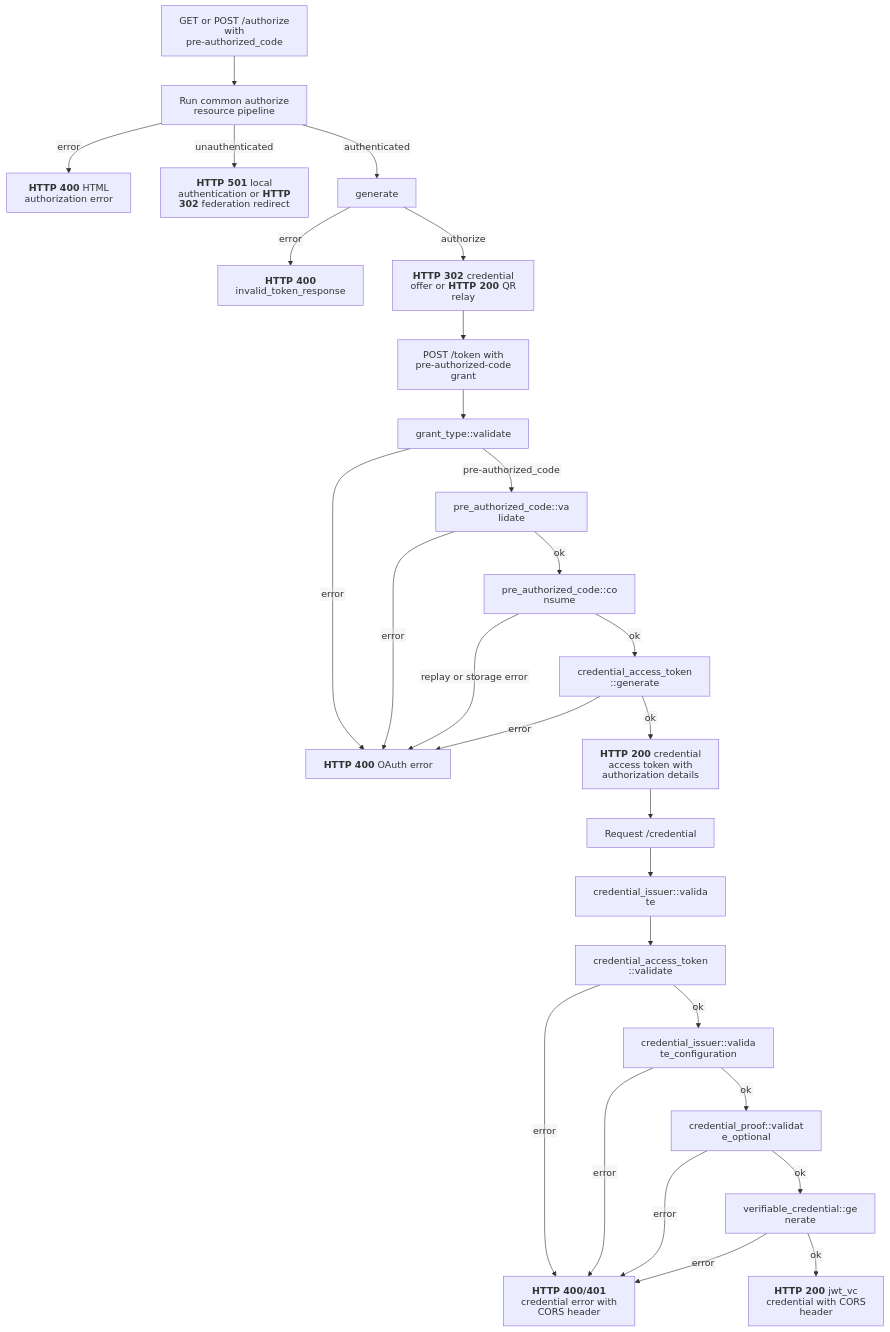
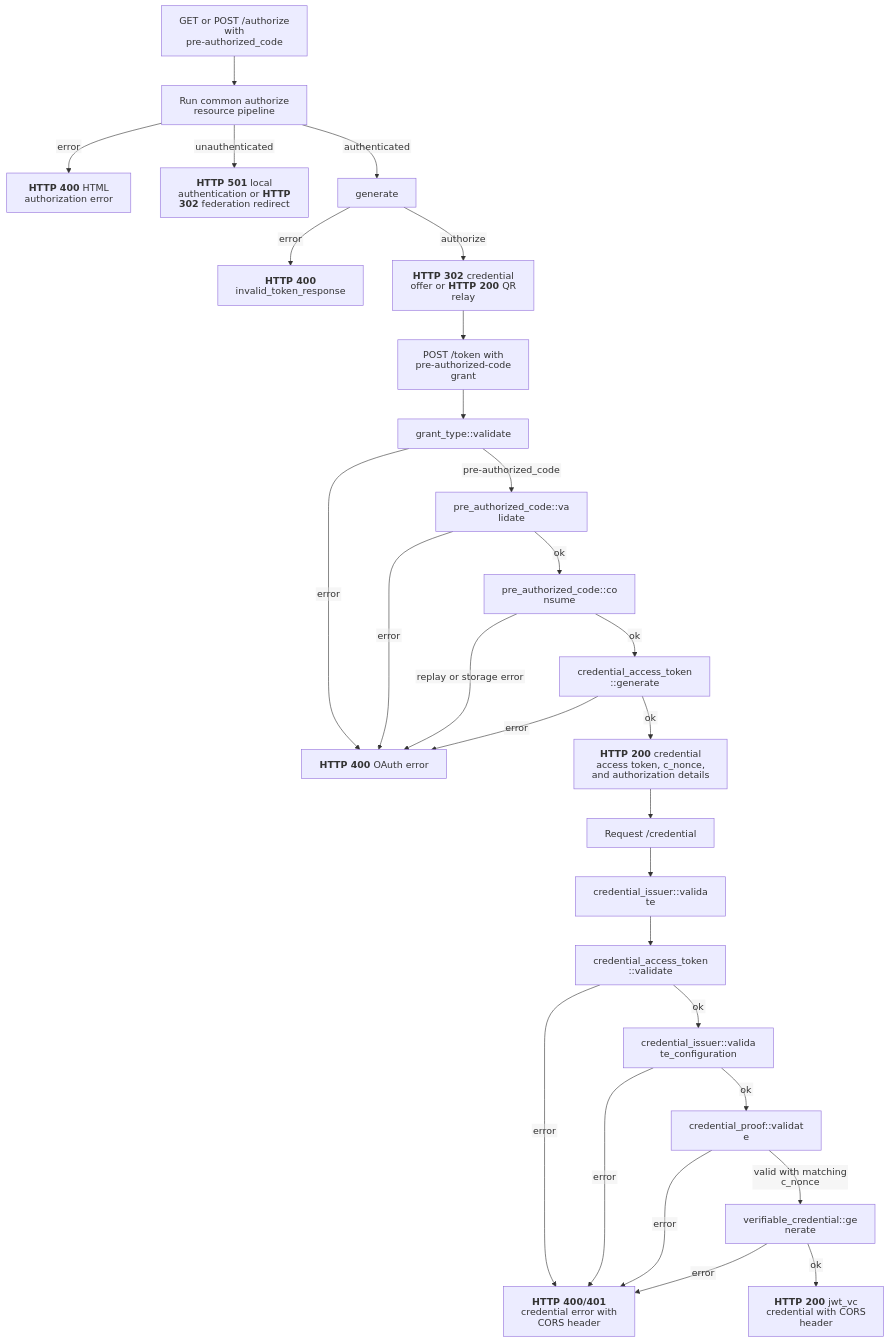
Before and after one commit to malach-it/kagome: the diagram in docs/flows/openid4vci/pre_authorized_code.mmd, drawn with Mermaid. The commit also changed 19 other files, not shown here.

Commit message:
feat: require nonce-bound credential proofs

```diff
--- a/docs/flows/openid4vci/pre_authorized_code.mmd
+++ b/docs/flows/openid4vci/pre_authorized_code.mmd
@@ -1,29 +1,29 @@
 %%{init: {"htmlLabels": false, "flowchart": {"htmlLabels": false}}}%%
 flowchart TD
     authorize[GET or POST /authorize with pre-authorized_code] --> authorize_pipeline[Run common authorize resource pipeline]
     authorize_pipeline -- error --> authorize_error["`**HTTP 400** HTML authorization error`"]
     authorize_pipeline -- unauthenticated --> authentication["`**HTTP 501** local authentication or **HTTP 302** federation redirect`"]
     authorize_pipeline -- authenticated --> generate
     generate -- error --> generation_error["`**HTTP 400** invalid_token_response`"]
     generate -- authorize --> authorize_offer["`**HTTP 302** credential offer or **HTTP 200** QR relay`"]
     authorize_offer --> token[POST /token with pre-authorized-code grant]
     token --> grant["grant_type::validate"]
     grant -- error --> token_error["`**HTTP 400** OAuth error`"]
     grant -- pre-authorized_code --> code["pre_authorized_code::validate"]
     code -- error --> token_error
     code -- ok --> consume["pre_authorized_code::consume"]
     consume -- replay or storage error --> token_error
     consume -- ok --> access["credential_access_token::generate"]
     access -- error --> token_error
-    access -- ok --> token_success["`**HTTP 200** credential access token with authorization details`"]
+    access -- ok --> token_success["`**HTTP 200** credential access token, c_nonce, and authorization details`"]
     token_success --> credential_request[Request /credential]
     credential_request --> credential_issuer["credential_issuer::validate"]
     credential_issuer --> bearer["credential_access_token::validate"]
     bearer -- error --> credential_error["`**HTTP 400/401** credential error with CORS header`"]
     bearer -- ok --> configuration["credential_issuer::validate_configuration"]
     configuration -- error --> credential_error
-    configuration -- ok --> proof["credential_proof::validate_optional"]
+    configuration -- ok --> proof["credential_proof::validate"]
     proof -- error --> credential_error
-    proof -- ok --> issue["verifiable_credential::generate"]
+    proof -- valid with matching c_nonce --> issue["verifiable_credential::generate"]
     issue -- error --> credential_error
     issue -- ok --> success["`**HTTP 200** jwt_vc credential with CORS header`"]
```
